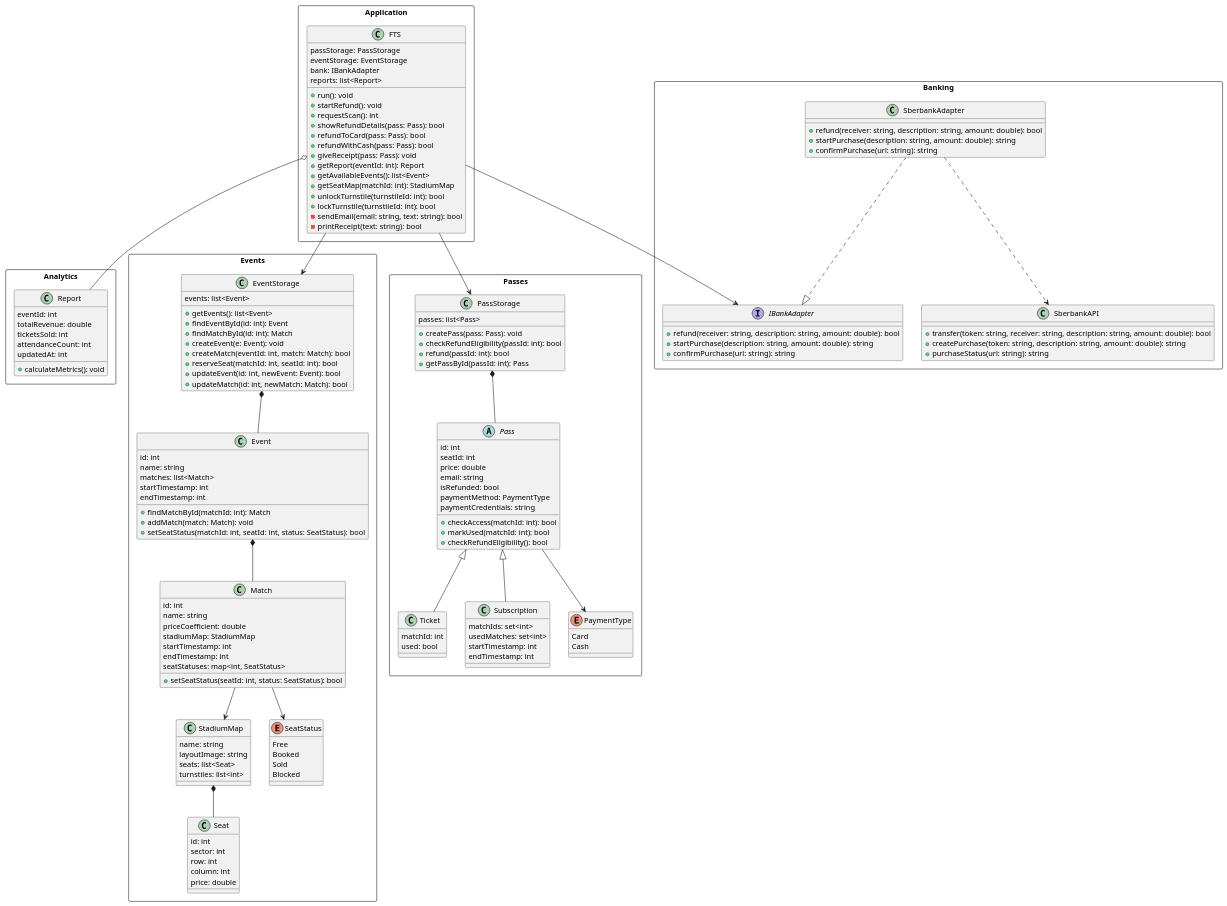
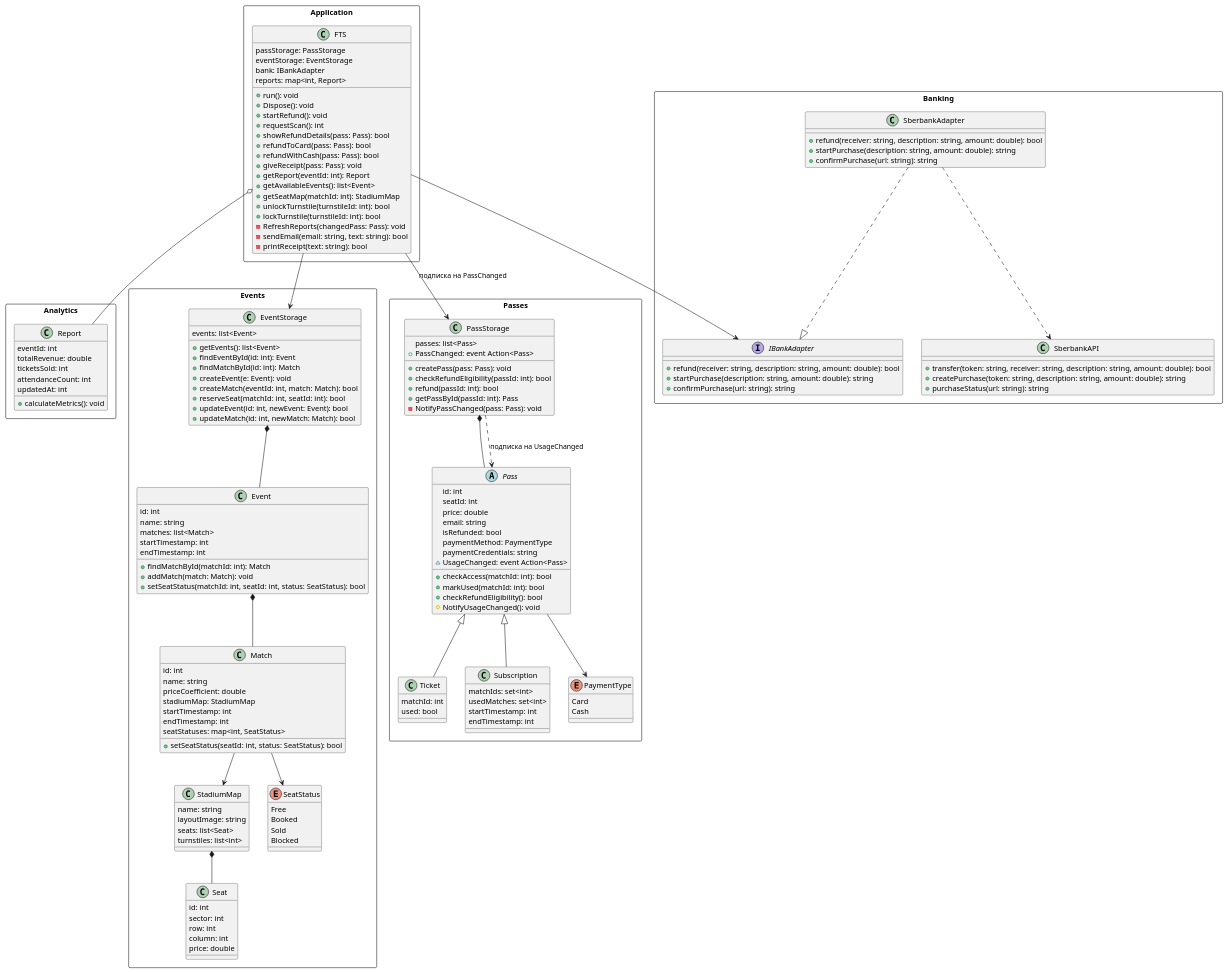
Before and after one commit to penamarth/bsbo-11-24_team5_var10_football: the diagram in Диаграмма Классов.md, drawn with PlantUML. The commit also changed 8 other files, not shown here.

Commit message:
Обновить прецедент аналитики и диаграммы Observer

```diff
--- a/Диаграмма Классов.md
+++ b/Диаграмма Классов.md
@@ -73,10 +73,12 @@
 rectangle "Passes" {
 	class PassStorage {
 		passes: list<Pass>
+		+ PassChanged: event Action<Pass>
 		+ createPass(pass: Pass): void
 		+ checkRefundEligibility(passId: int): bool
 		+ refund(passId: int): bool
 		+ getPassById(passId: int): Pass
+		- NotifyPassChanged(pass: Pass): void
 	}
 
 	abstract class Pass {
@@ -87,9 +89,11 @@
 		isRefunded: bool
 		paymentMethod: PaymentType
 		paymentCredentials: string
+		~ UsageChanged: event Action<Pass>
 		+ checkAccess(matchId: int): bool
 		+ markUsed(matchId: int): bool
 		+ checkRefundEligibility(): bool
+		# NotifyUsageChanged(): void
 	}
 
 	class Ticket extends Pass {
@@ -137,8 +141,9 @@
 		passStorage: PassStorage
 		eventStorage: EventStorage
 		bank: IBankAdapter
-		reports: list<Report>
+		reports: map<int, Report>
 		+ run(): void
+		+ Dispose(): void
 		+ startRefund(): void
 		+ requestScan(): int
 		+ showRefundDetails(pass: Pass): bool
@@ -150,17 +155,19 @@
 		+ getSeatMap(matchId: int): StadiumMap
 		+ unlockTurnstile(turnstileId: int): bool
 		+ lockTurnstile(turnstileId: int): bool
+		- RefreshReports(changedPass: Pass): void
 		- sendEmail(email: string, text: string): bool
 		- printReceipt(text: string): bool
 	}
 }
 
 FTS --> EventStorage
-FTS --> PassStorage
+FTS --> PassStorage : подписка на PassChanged
 FTS --> IBankAdapter
 FTS o-- Report
 
 PassStorage *-- Pass
+PassStorage ..> Pass : подписка на UsageChanged
 EventStorage *-- Event
 
 Event *-- Match
```
